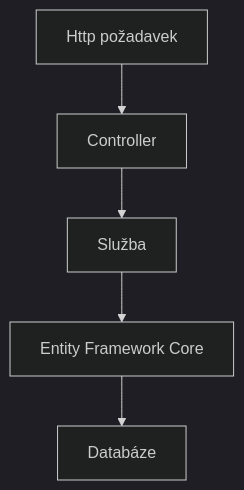
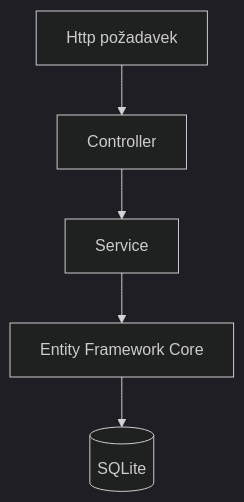
One commit to davesm77/CompetitionTrackerAPI changed the diagram in README.md. Above: the diagram before and after it, drawn with Mermaid (dark theme). The commit also changed other lines of this file and 5 other files, not shown here.

````diff
--- a/README.md
+++ b/README.md
@@ -10,7 +46,7 @@
 ```mermaid
 flowchart TD;
 A[Http požadavek] --> B[Controller];
-B --> C[Služba];
+B --> C[Service];
 C --> D[Entity Framework Core];
-D --> E[Databáze];
+D --> E[(SQLite)];
 ```
````
